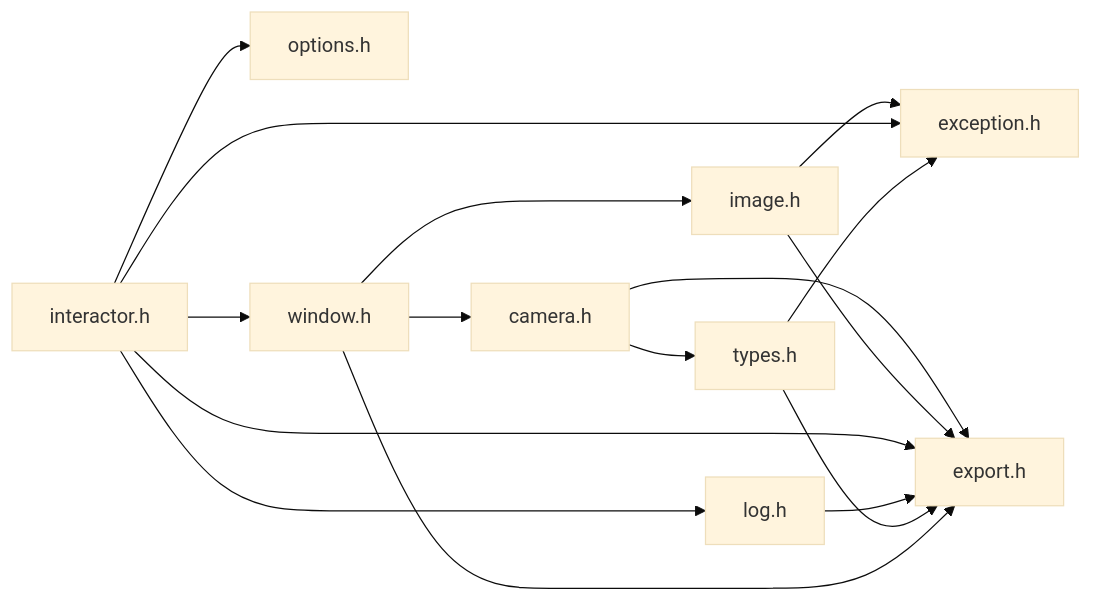
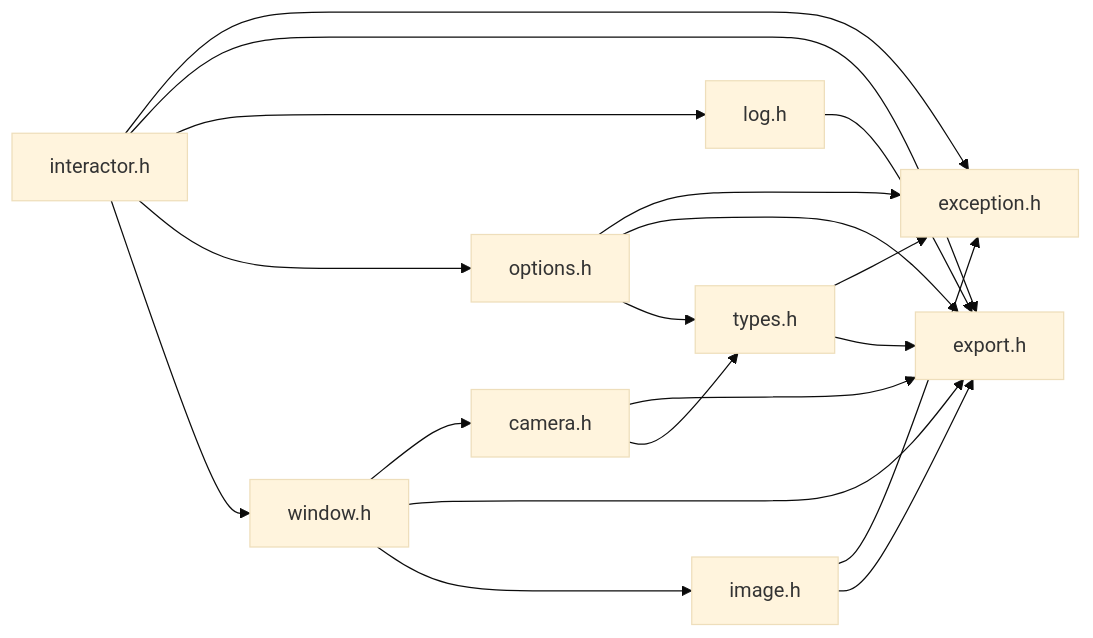
One commit to f3d-app/f3d-website changed the first of 2 diagrams in docs/api/interactor_8h.md. Above: the diagram before and after it, drawn with Mermaid (base theme). The commit also changed other lines of this file and 105 other files, not shown here.

````diff
--- a/docs/api/interactor_8h.md
+++ b/docs/api/interactor_8h.md
@@ -33,43 +33,47 @@
 ```mermaid
 graph LR
-7["camera.h"]
-click 7 "camera_8h_source.md#camera_8h_source"
-7 --> 3
-7 --> 8
+8["camera.h"]
+click 8 "camera_8h_source.md#camera_8h_source"
+8 --> 3
+8 --> 6
 
 2["exception.h"]
 click 2 "exception_8h_source.md#exception_8h_source"
 
 9["image.h"]
 click 9 "image_8h_source.md#image_8h_source"
 9 --> 2
 9 --> 3
 
 1["interactor.h"]
 click 1 "interactor_8h.md#interactor_8h"
 1 --> 2
 1 --> 3
 1 --> 4
 1 --> 5
-1 --> 6
+1 --> 7
 
 4["log.h"]
 click 4 "log_8h_source.md#log_8h_source"
 4 --> 3
 
-8["types.h"]
-click 8 "types_8h_source.md#types_8h_source"
-8 --> 2
-8 --> 3
+5["options.h"]
+click 5 "options_8h_source.md#options_8h_source"
+5 --> 2
+5 --> 3
+5 --> 6
 
-6["window.h"]
-click 6 "window_8h_source.md#window_8h_source"
-6 --> 7
+6["types.h"]
+click 6 "types_8h_source.md#types_8h_source"
+6 --> 2
 6 --> 3
-6 --> 9
+
+7["window.h"]
+click 7 "window_8h_source.md#window_8h_source"
+7 --> 8
+7 --> 3
+7 --> 9
 
 3["export.h"]
 
-5["options.h"]
-
 ```
````
